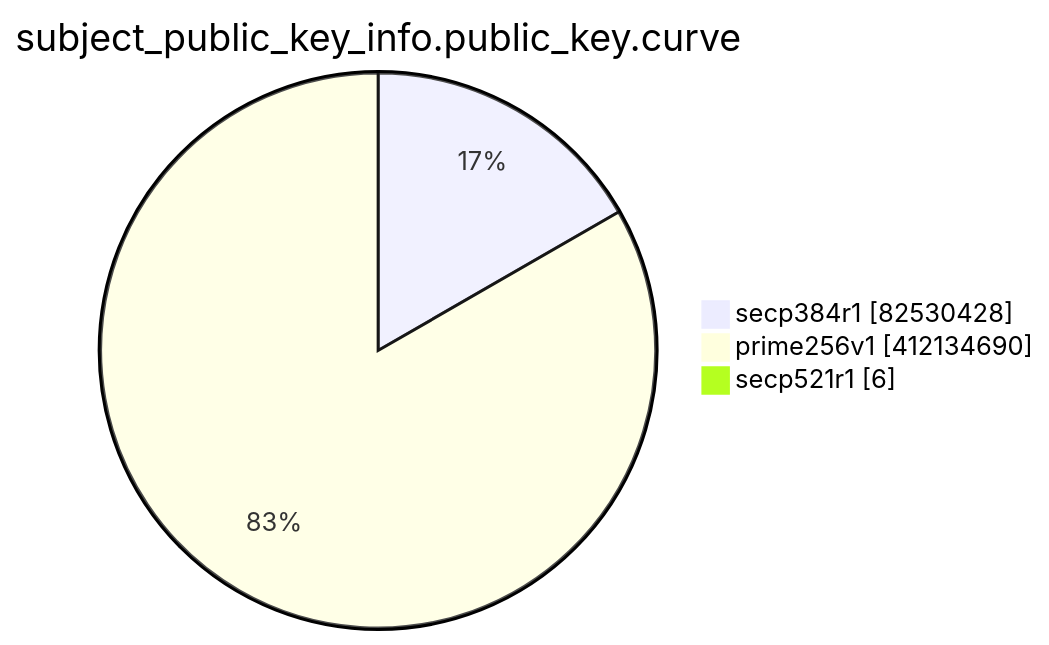
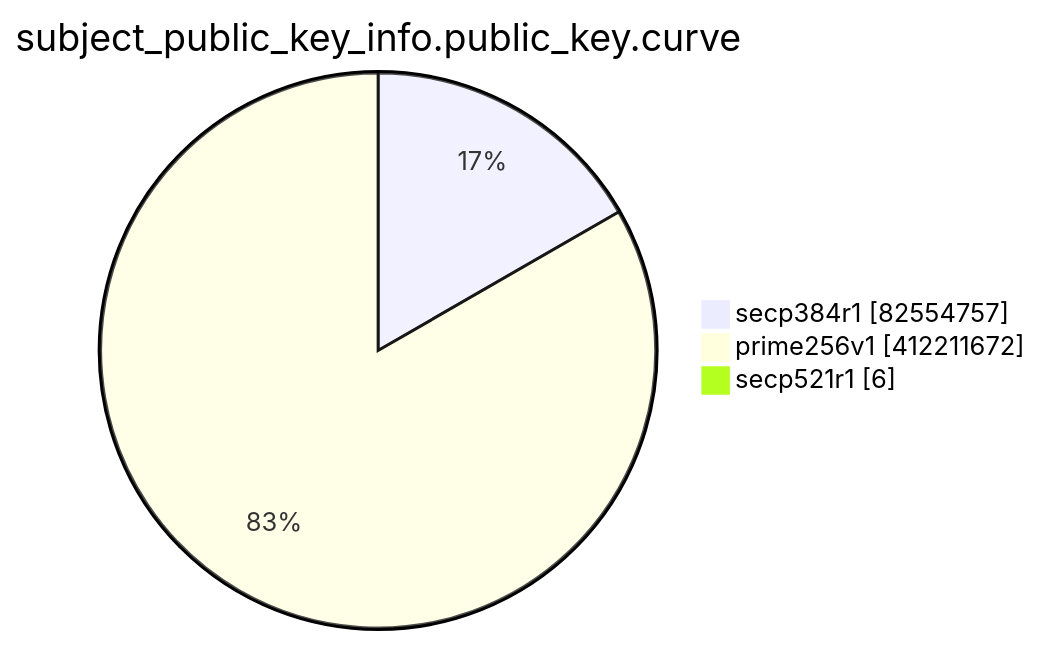
The eighth of 15 diagrams in TOTAL/README.md (christiankrug/ctmonitor_visualization), drawn with Mermaid before and after one commit. The commit also changed other lines of this file, not shown here.

````diff
--- a/TOTAL/README.md
+++ b/TOTAL/README.md
@@ -3097,7 +3097,7 @@
 ```mermaid
 pie showData
 title subject_public_key_info.public_key.curve
-"secp384r1" :82530428
-"prime256v1" :412134690
+"secp384r1" :82554757
+"prime256v1" :412211672
 "secp521r1" :6
 ```
````
